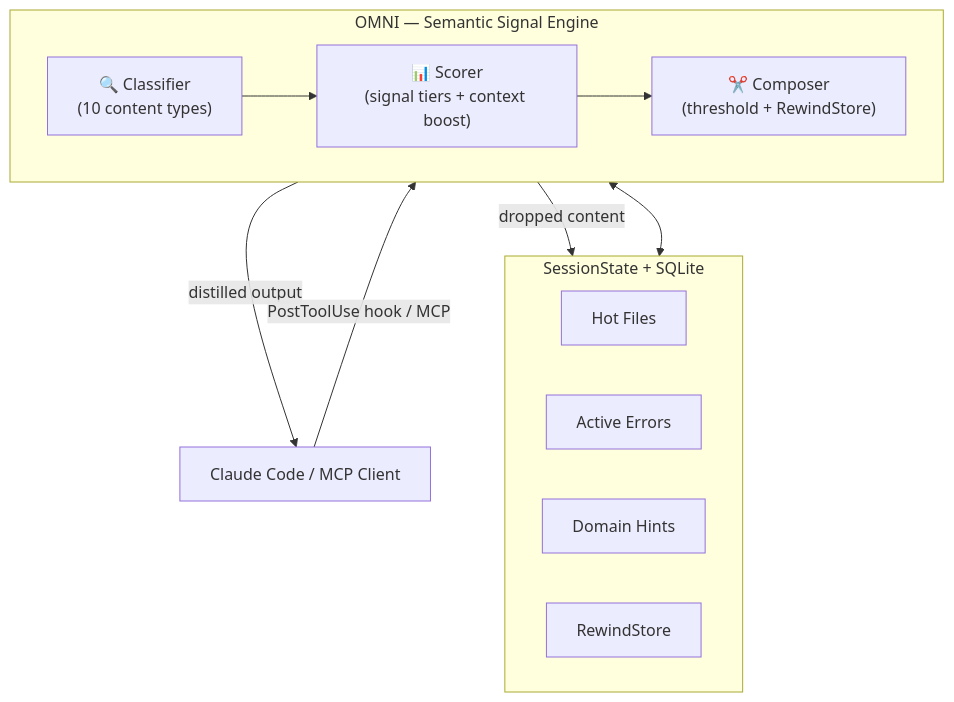
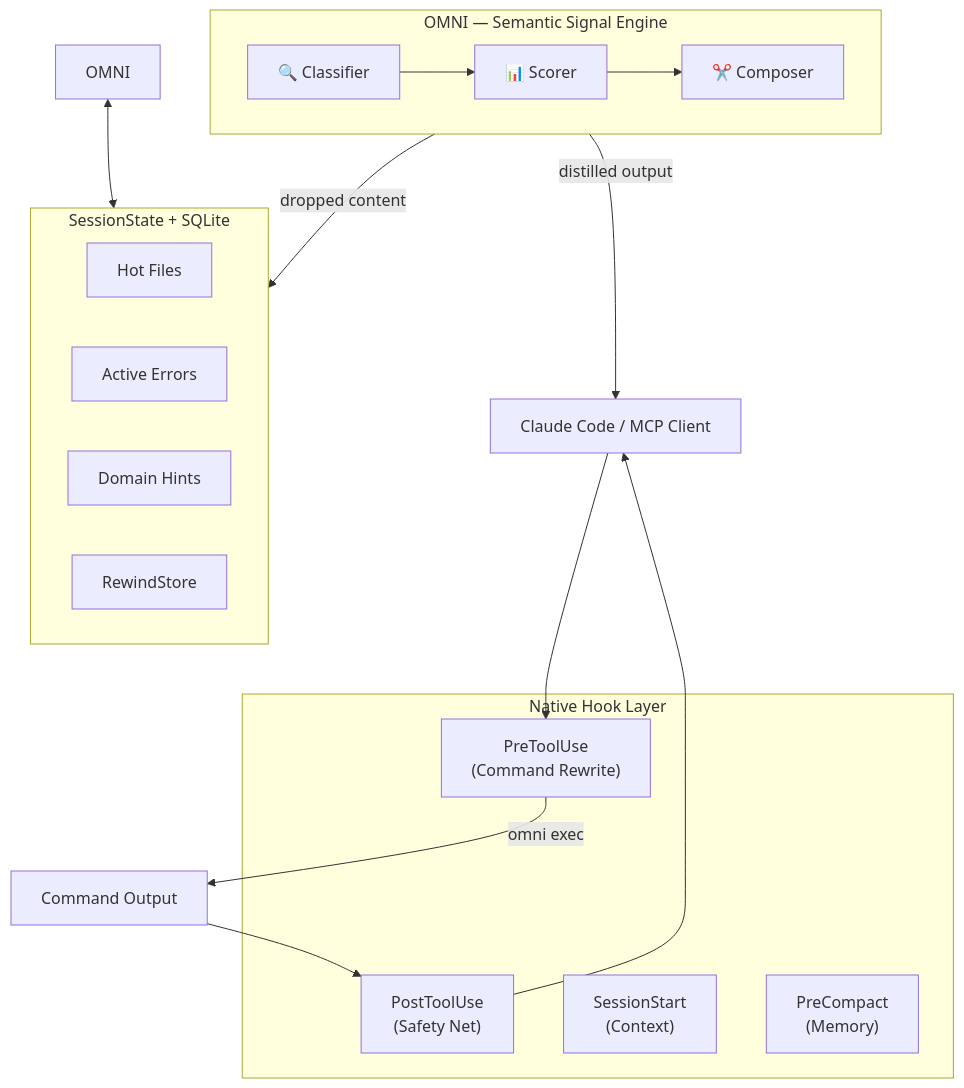
Before and after one commit to fajarhide/omni: the diagram in README.md, drawn with Mermaid. The commit also changed other lines of this file and 11 other files, not shown here.

Commit message:
feat: implement native PreToolUse hook, explicit hook flags, and command-based statistics

````diff
--- a/README.md
+++ b/README.md
@@ -211,25 +186,36 @@
 ```mermaid
 flowchart TB
     Agent["Claude Code / MCP Client"]
-    Agent -->|"PostToolUse hook / MCP"| OMNI
+    
+    subgraph Hooks["Native Hook Layer"]
+        Pre["PreToolUse\n(Command Rewrite)"]
+        Post["PostToolUse\n(Safety Net)"]
+        Sess["SessionStart\n(Context)"]
+        Comp["PreCompact\n(Memory)"]
+    end
 
-    subgraph OMNI["OMNI — Semantic Signal Engine"]
+    Agent --> Pre
+    Pre -->|"omni exec"| Output["Command Output"]
+    Output --> Post
+    Post --> Agent
+
+    subgraph OMNI_Engine["OMNI — Semantic Signal Engine"]
         direction LR
-        C["🔍 Classifier\n(10 content types)"]
-        S["📊 Scorer\n(signal tiers + context boost)"]
-        R["✂️ Composer\n(threshold + RewindStore)"]
+        C["🔍 Classifier"]
+        S["📊 Scorer"]
+        R["✂️ Composer"]
         C --> S --> R
     end
 
     subgraph Persistence["SessionState + SQLite"]
         direction LR
         HF["Hot Files"]
         AE["Active Errors"]
         DH["Domain Hints"]
         RW["RewindStore"]
     end
 
     OMNI <--> Persistence
     R -->|"distilled output"| Agent
     R -->|"dropped content"| RW
 ```
````
